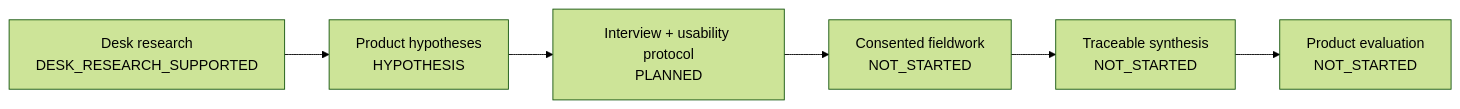
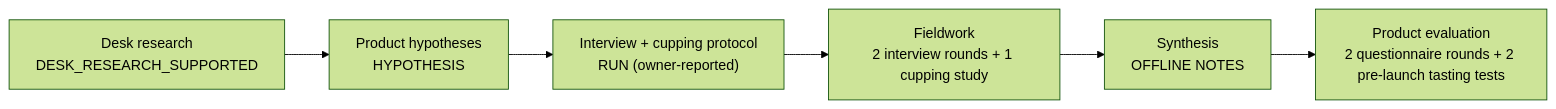
Before and after one commit to dpan538/coffee-flavor-research: the diagram in docs/user-research/USER_RESEARCH_OVERVIEW.md, drawn with Mermaid (forest theme). The commit also changed 15 other files, not shown here.

````diff
--- a/docs/user-research/USER_RESEARCH_OVERVIEW.md
+++ b/docs/user-research/USER_RESEARCH_OVERVIEW.md
@@ -21,8 +21,8 @@
 ```mermaid
 flowchart LR
     D["Desk research\nDESK_RESEARCH_SUPPORTED"] --> H["Product hypotheses\nHYPOTHESIS"]
-    H --> P["Interview + usability protocol\nPLANNED"]
-    P --> F["Consented fieldwork\nNOT_STARTED"]
-    F --> A["Traceable synthesis\nNOT_STARTED"]
-    A --> E["Product evaluation\nNOT_STARTED"]
+    H --> P["Interview + cupping protocol\nRUN (owner-reported)"]
+    P --> F["Fieldwork\n2 interview rounds + 1 cupping study"]
+    F --> A["Synthesis\nOFFLINE NOTES"]
+    A --> E["Product evaluation\n2 questionnaire rounds + 2 pre-launch tasting tests"]
 ```
````
